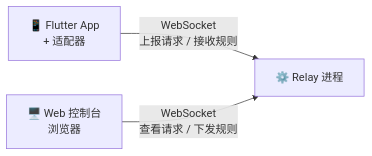
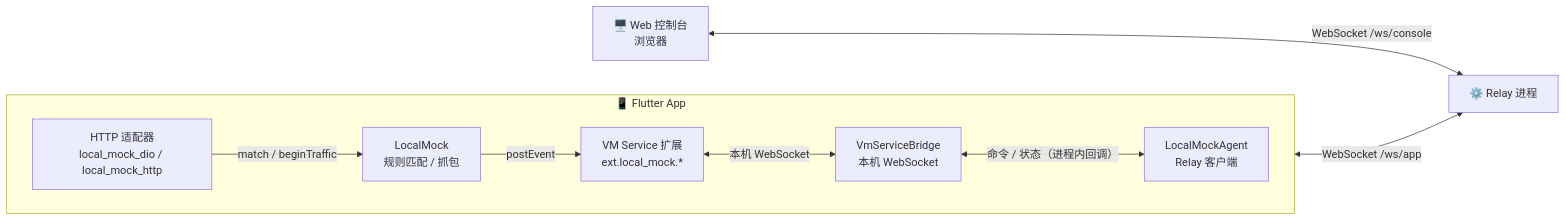
The diagram in README.md (Dabbit-Chan/local_mock), drawn with Mermaid before and after one commit. The commit also changed other lines of this file and 16 other files, not shown here.

````diff
--- a/README.md
+++ b/README.md
@@ -68,5 +68,17 @@
 ```mermaid
 flowchart LR
-    A["📱 Flutter App<br/>+ 适配器"] -- "WebSocket<br/>上报请求 / 接收规则" --> R["⚙️ Relay 进程"]
-    C["🖥️ Web 控制台<br/>浏览器"] -- "WebSocket<br/>查看请求 / 下发规则" --> R
+    subgraph APP["📱 Flutter App"]
+        direction LR
+        A["HTTP 适配器<br/>local_mock_dio / local_mock_http"]
+        CORE["LocalMock<br/>规则匹配 / 抓包"]
+        VM["VM Service 扩展<br/>ext.local_mock.*"]
+        BRIDGE["VmServiceBridge<br/>本机 WebSocket"]
+        AGENT["LocalMockAgent<br/>Relay 客户端"]
+        A -->|"match / beginTraffic"| CORE
+        CORE -->|"postEvent"| VM
+        VM <-->|"本机 WebSocket"| BRIDGE
+        BRIDGE <-->|"命令 / 状态（进程内回调）"| AGENT
+    end
+    AGENT <-->|"WebSocket /ws/app"| R["⚙️ Relay 进程"]
+    C["🖥️ Web 控制台<br/>浏览器"] <-->|"WebSocket /ws/console"| R
 ```
````
